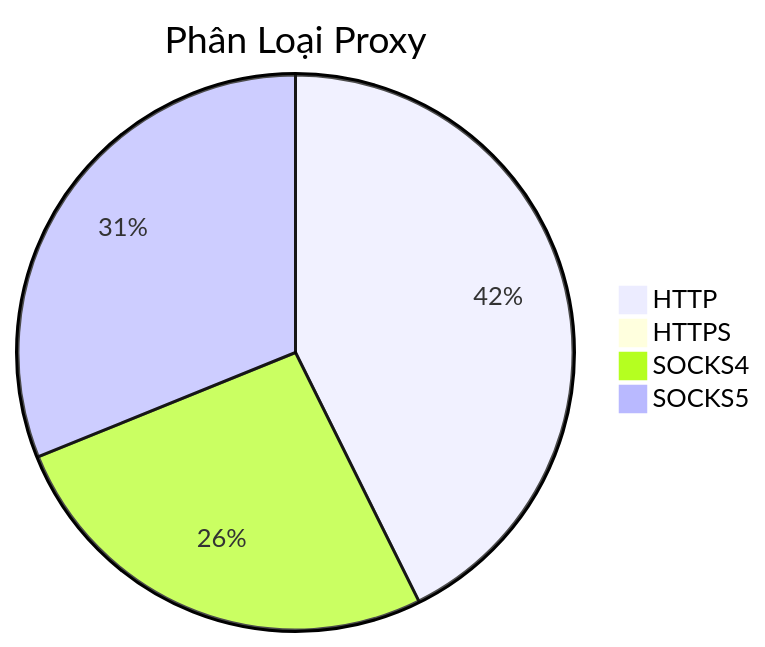
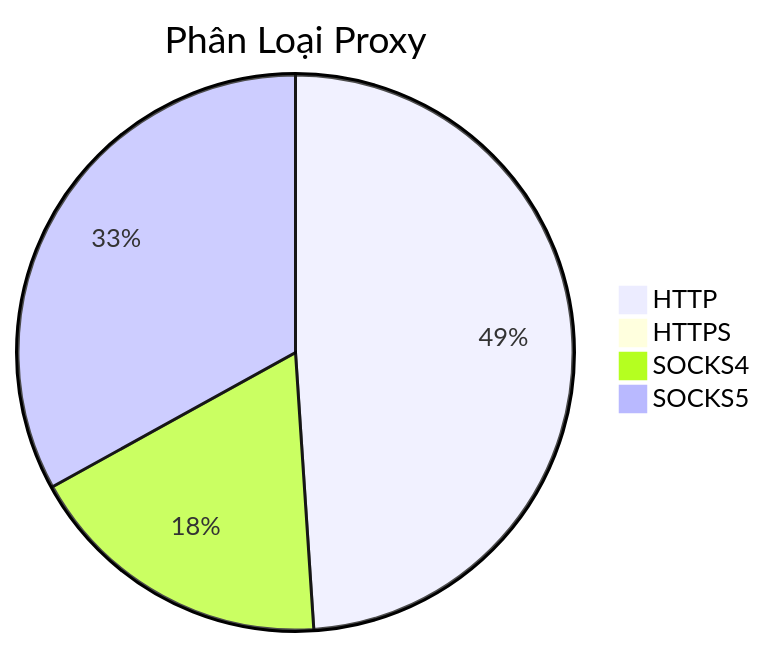
The diagram in README.md (Ciara-Aa/PROXY-free), drawn with Mermaid before and after one commit. The commit also changed other lines of this file and 4 other files, not shown here.

````diff
--- a/README.md
+++ b/README.md
@@ -26,7 +26,7 @@
 ```mermaid
 pie title Phân Loại Proxy
-    "HTTP" : 329
+    "HTTP" : 326
     "HTTPS" : 5
-    "SOCKS4" : 202
-    "SOCKS5" : 240
+    "SOCKS4" : 120
+    "SOCKS5" : 220
 ```
````
